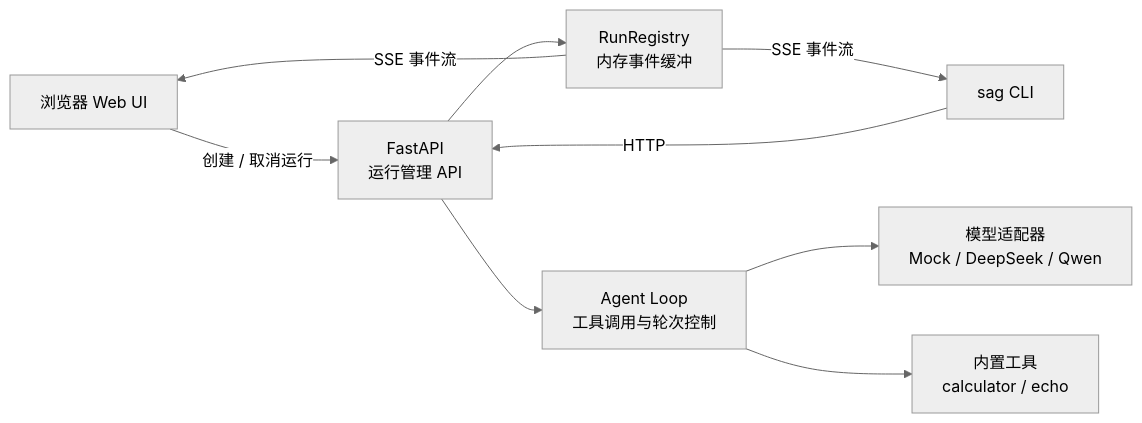
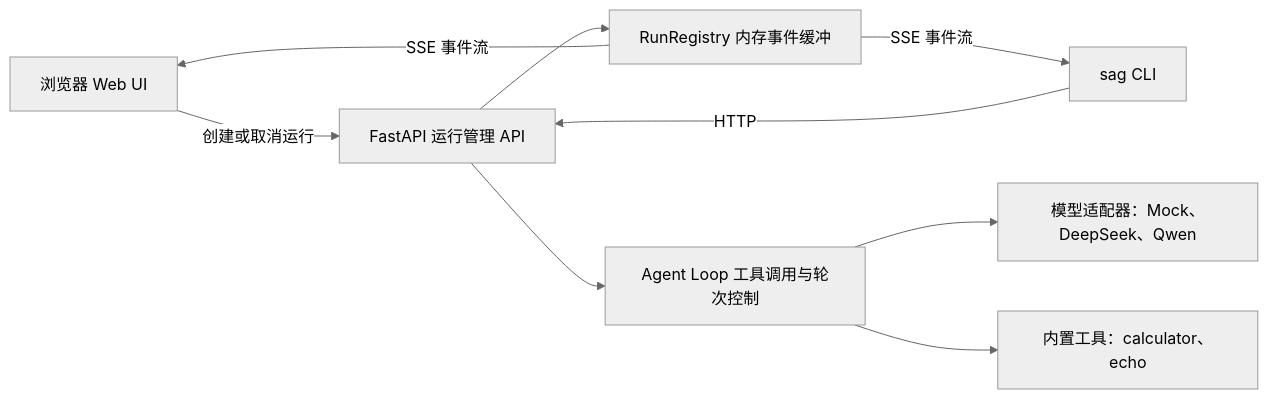
One commit to king2fang/streaming-agent-gateway changed the first of 2 diagrams in README.md. Above: the diagram before and after it, drawn with Mermaid (neutral theme).

Commit message:
Fix Mermaid architecture diagram rendering

````diff
--- a/README.md
+++ b/README.md
@@ -40,19 +40,19 @@
 ```mermaid
 flowchart LR
     Browser["浏览器 Web UI"]
     CLI["sag CLI"]
-    API["FastAPI<br/>运行管理 API"]
-    Registry["RunRegistry<br/>内存事件缓冲"]
-    Agent["Agent Loop<br/>工具调用与轮次控制"]
-    Models["模型适配器<br/>Mock / DeepSeek / Qwen"]
-    Tools["内置工具<br/>calculator / echo"]
+    API["FastAPI 运行管理 API"]
+    Registry["RunRegistry 内存事件缓冲"]
+    Agent["Agent Loop 工具调用与轮次控制"]
+    Models["模型适配器：Mock、DeepSeek、Qwen"]
+    Tools["内置工具：calculator、echo"]
 
-    Browser -->|"创建 / 取消运行"| API
-    CLI -->|"HTTP"| API
+    Browser -->|创建或取消运行| API
+    CLI -->|HTTP| API
     API --> Registry
     API --> Agent
     Agent --> Models
     Agent --> Tools
-    Registry -->|"SSE 事件流"| Browser
-    Registry -->|"SSE 事件流"| CLI
+    Registry -->|SSE 事件流| Browser
+    Registry -->|SSE 事件流| CLI
 ```
````
